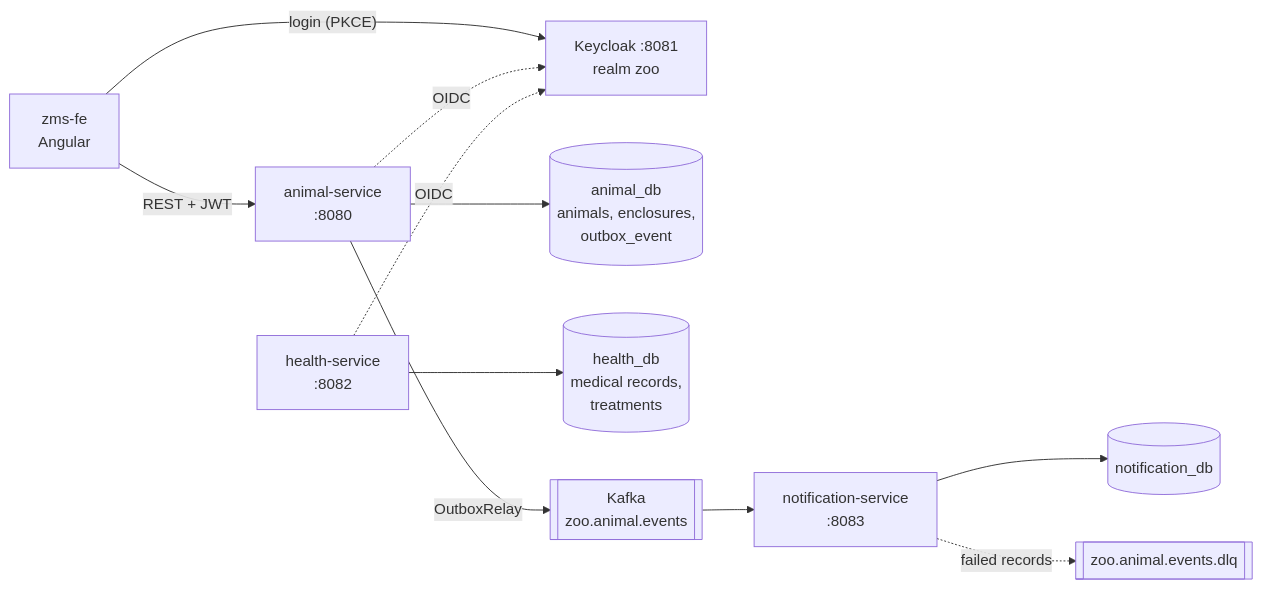
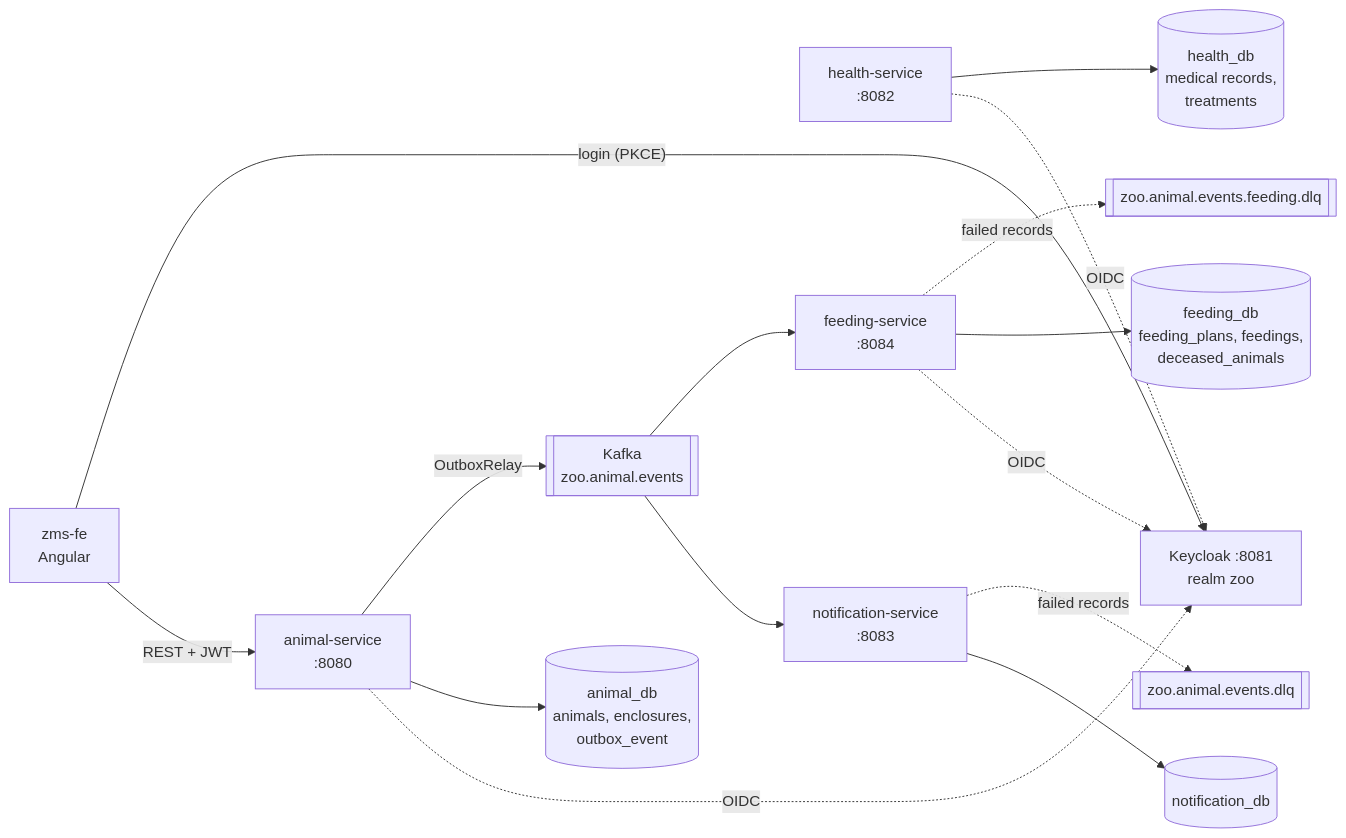
Before and after one commit to iosonoira/zoo-management-system: the diagram in README.md, drawn with Mermaid. The commit also changed other lines of this file and 6 other files, not shown here.

First line of the commit message:
docs(feeding): document feeding-service and its event consumer

````diff
--- a/README.md
+++ b/README.md
@@ -34,13 +34,17 @@
 ```mermaid
 flowchart LR
   FE["zms-fe<br/>Angular"] -- "REST + JWT" --> AS["animal-service<br/>:8080"]
   FE -- "login (PKCE)" --> KC["Keycloak :8081<br/>realm zoo"]
   AS -. "OIDC" .-> KC
   HS["health-service<br/>:8082"] -. "OIDC" .-> KC
+  FDS["feeding-service<br/>:8084"] -. "OIDC" .-> KC
   AS --> ADB[("animal_db<br/>animals, enclosures,<br/>outbox_event")]
   HS --> HDB[("health_db<br/>medical records,<br/>treatments")]
+  FDS --> FDB[("feeding_db<br/>feeding_plans, feedings,<br/>deceased_animals")]
   AS -- "OutboxRelay" --> K[["Kafka<br/>zoo.animal.events"]]
   K --> NS["notification-service<br/>:8083"]
+  K --> FDS
   NS --> NDB[("notification_db")]
   NS -. "failed records" .-> DLQ[["zoo.animal.events.dlq"]]
+  FDS -. "failed records" .-> FDLQ[["zoo.animal.events.feeding.dlq"]]
 ```
````
